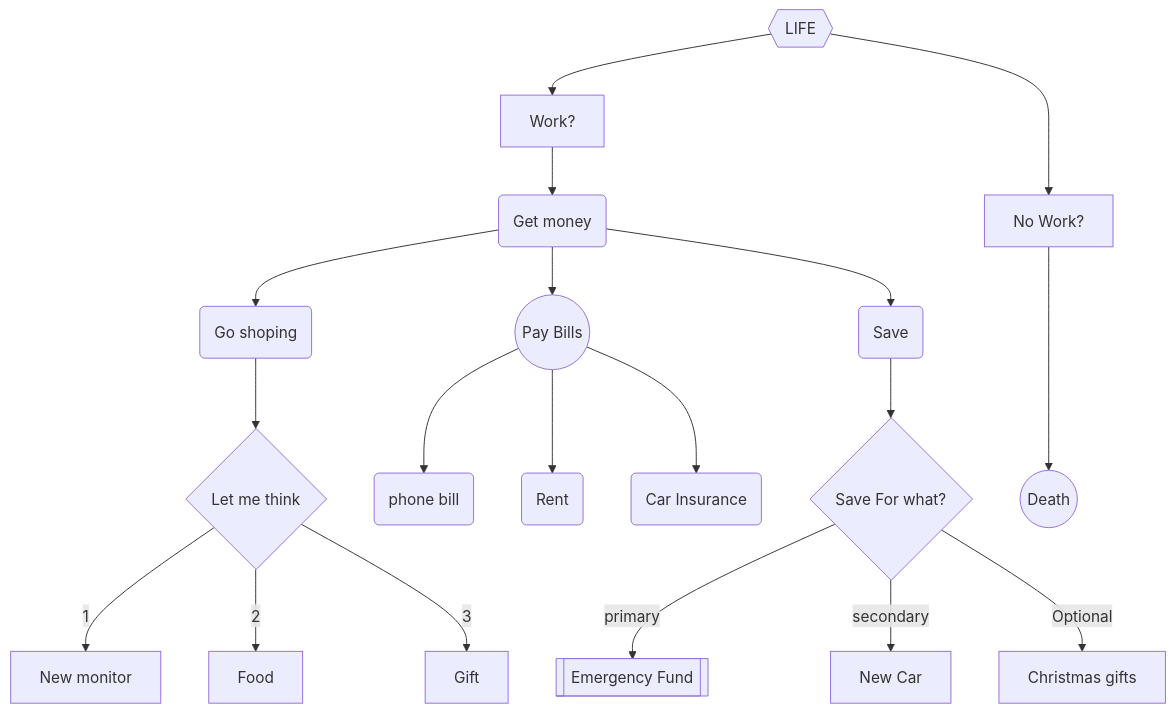
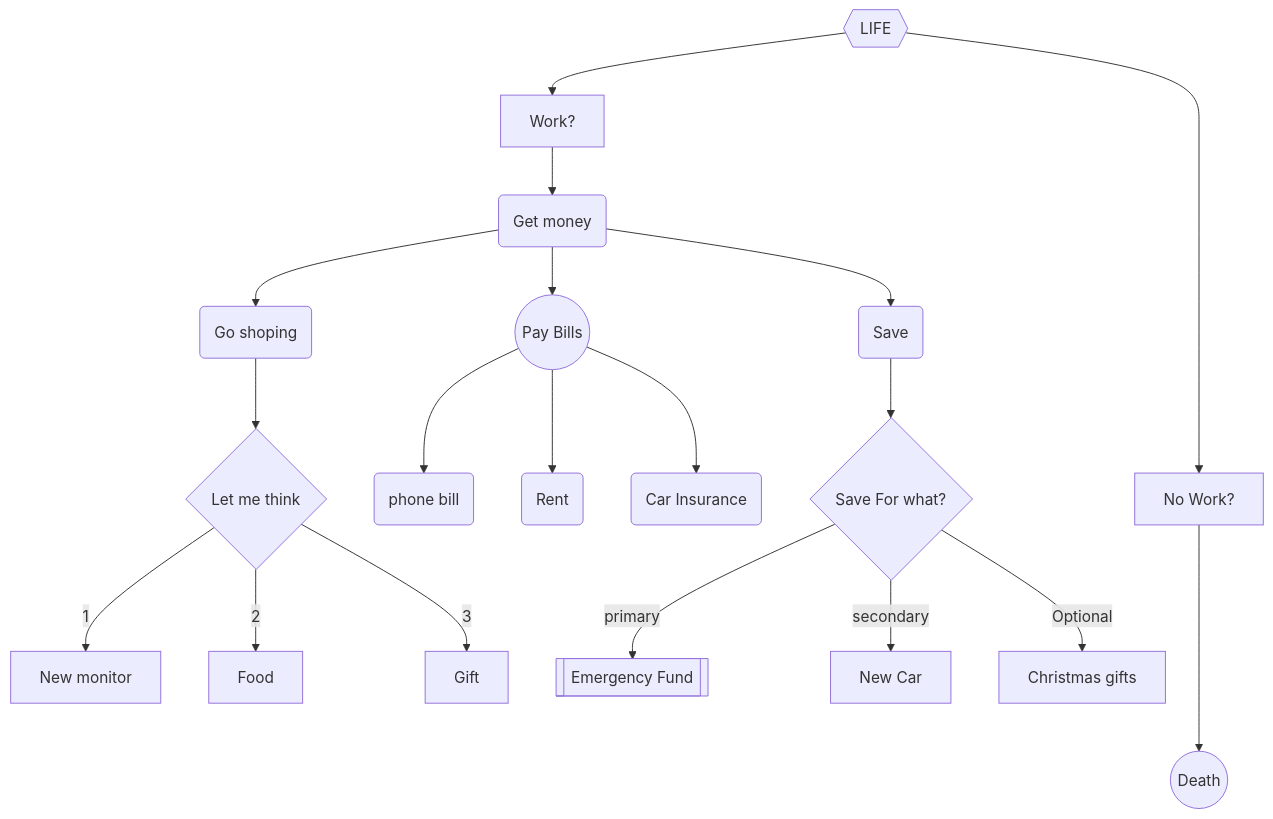
Before and after one commit to Epperezmoreno/epperezmoreno.github.io: the diagram in Diagram.md, drawn with Mermaid.

Commit message:
Update Diagram.md
added more -- to no work?

````diff
--- a/Diagram.md
+++ b/Diagram.md
@@ -1,24 +1,24 @@
 ```mermaid
 flowchart TD 
 AA{{LIFE}} -->A[Work?] -->B(Get money)
 B --> C(Go shoping)
 B --> D((Pay Bills))
 B --> E(Save)
 C --> F{Let me think}
 F -->|1| G[New monitor]
 F -->|2| H[Food]
 F -->|3| I[Gift]
 
 D --> J(phone bill)
 D --> K(Rent)
 D --> M(Car Insurance)
 
 E --> N{Save For what?}
 N --> |primary| O[[Emergency Fund]]
 N --> |secondary| P[New Car]
 N --> |Optional| Q[Christmas gifts]
 
-AA --->X[No Work?]
+AA ----->X[No Work?]
 X --->L((Death))
 
 ```
````
